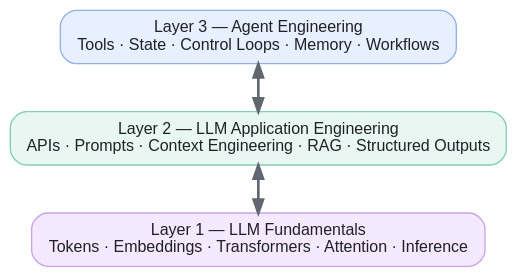
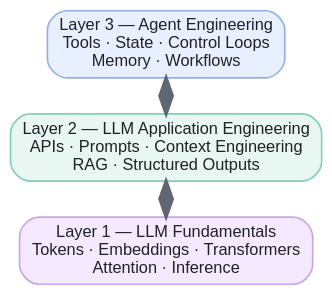
Before and after one commit to lngsa1234/my-llm-playground: the first of 5 diagrams in knowledge_base/week-01-llm-fundamentals/concepts.md, drawn with Graphviz.

Commit message:
Compact learning layers diagram

````diff
--- a/knowledge_base/week-01-llm-fundamentals/concepts.md
+++ b/knowledge_base/week-01-llm-fundamentals/concepts.md
@@ -5,11 +5,11 @@
 ```graphviz
 digraph learning_layers {
-  rankdir=BT; bgcolor="transparent"; nodesep=.45; ranksep=.5;
-  node [shape=box style="rounded,filled" fontname="Arial" fontsize=12 fontcolor="#202124" margin=".2,.1"];
-  fundamentals [label="Layer 1 — LLM Fundamentals\nTokens · Embeddings · Transformers · Attention · Inference" fillcolor="#F5E9FF" color="#C5A5E9"];
-  application [label="Layer 2 — LLM Application Engineering\nAPIs · Prompts · Context Engineering · RAG · Structured Outputs" fillcolor="#E8F7F2" color="#86CDB7"];
-  agents [label="Layer 3 — Agent Engineering\nTools · State · Control Loops · Memory · Workflows" fillcolor="#E8F0FF" color="#92AFE8"];
+  rankdir=BT; bgcolor="transparent"; nodesep=.25; ranksep=.3; size="4,3!";
+  node [shape=box style="rounded,filled" fontname="Arial" fontsize=10 fontcolor="#202124" margin=".12,.06"];
+  fundamentals [label="Layer 1 — LLM Fundamentals\nTokens · Embeddings · Transformers\nAttention · Inference" fillcolor="#F5E9FF" color="#C5A5E9"];
+  application [label="Layer 2 — LLM Application Engineering\nAPIs · Prompts · Context Engineering\nRAG · Structured Outputs" fillcolor="#E8F7F2" color="#86CDB7"];
+  agents [label="Layer 3 — Agent Engineering\nTools · State · Control Loops\nMemory · Workflows" fillcolor="#E8F0FF" color="#92AFE8"];
   fundamentals -> application [dir=both color="#606770" penwidth=2];
   application -> agents [dir=both color="#606770" penwidth=2];
 }
 ```
````
